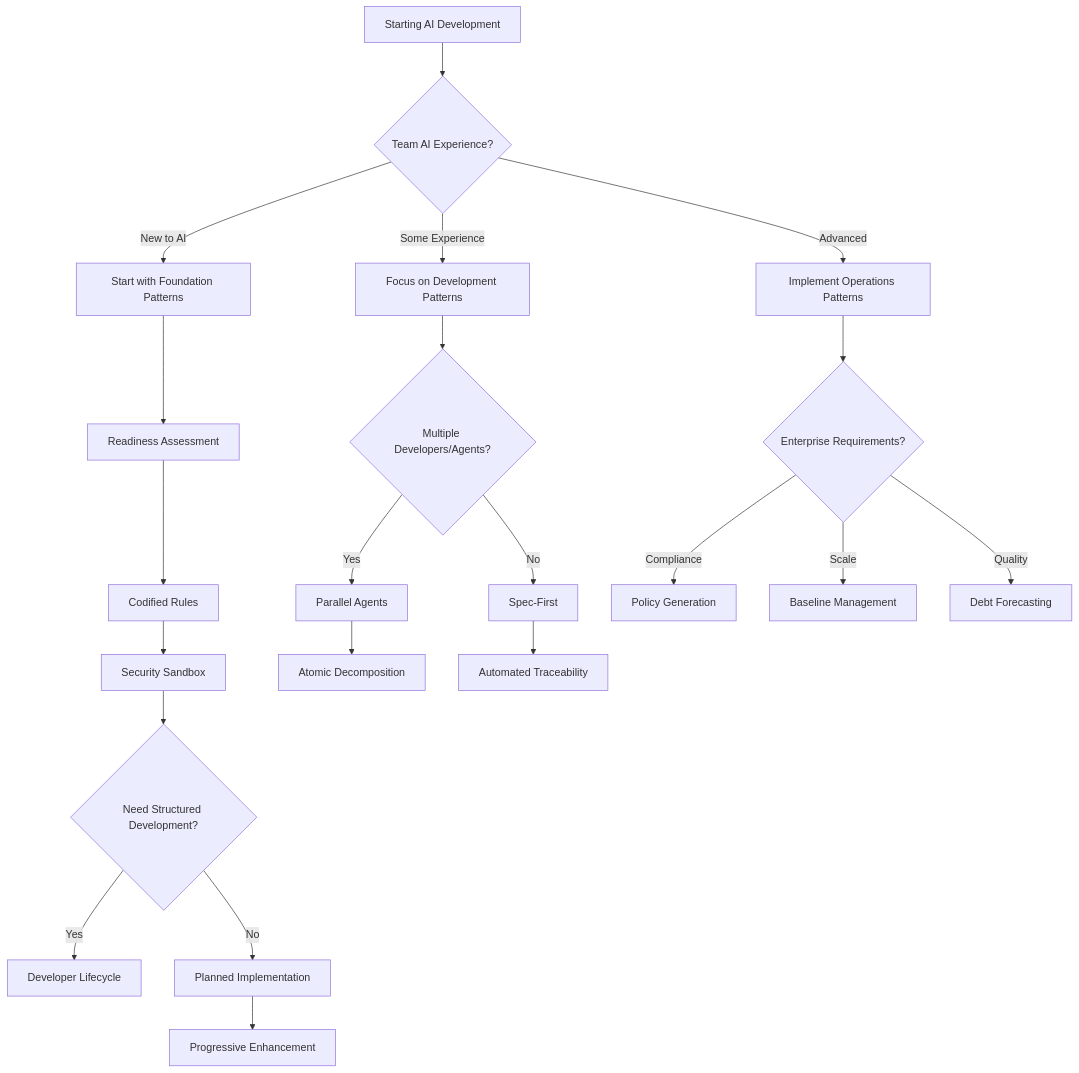
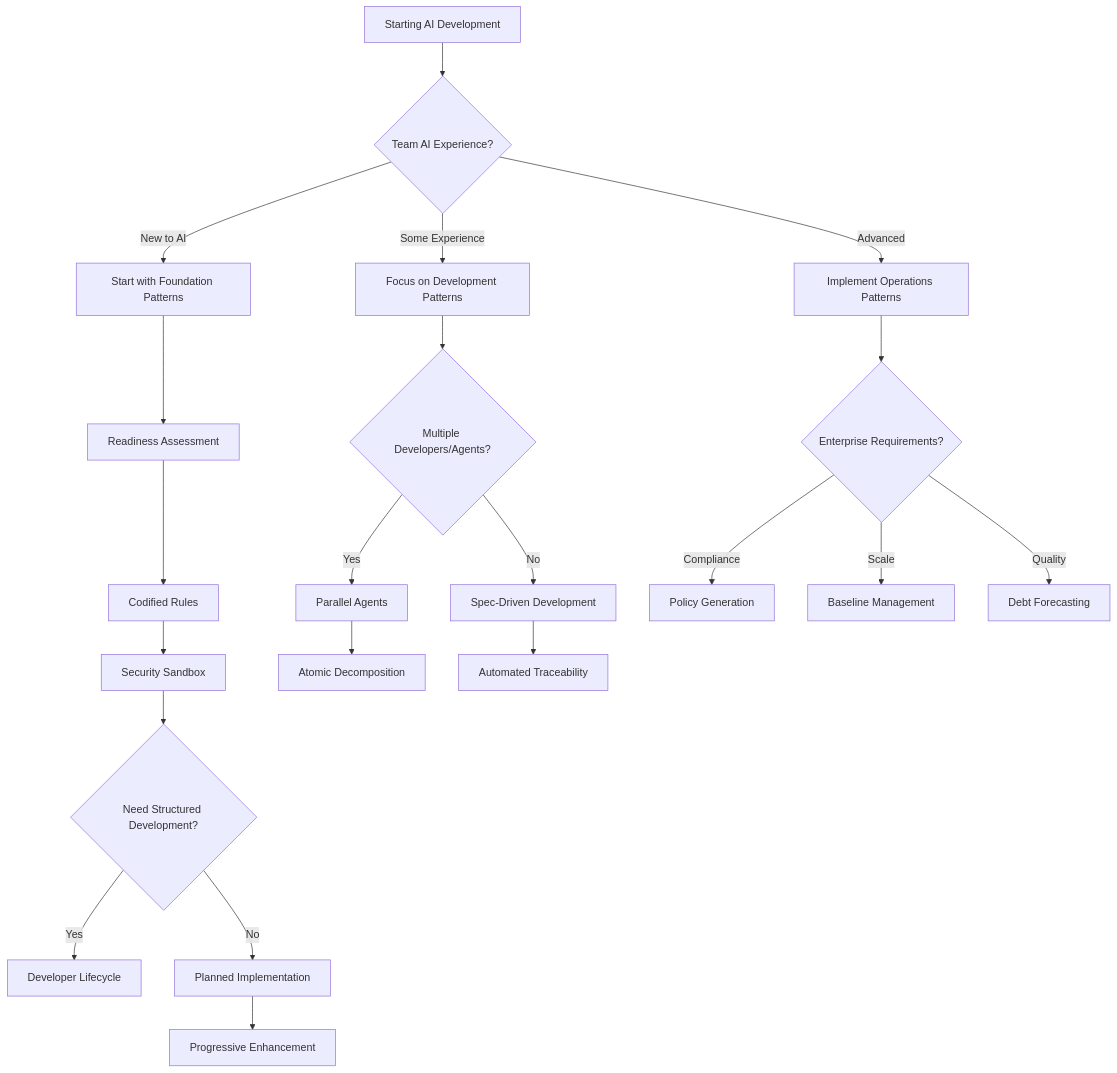
Before and after one commit to PaulDuvall/ai-development-patterns: the third of 12 diagrams in README.md, drawn with Mermaid. The commit also changed other lines of this file and 16 other files, not shown here.

First line of the commit message:
refactor: rename Spec-First to Spec-Driven Development

````diff
--- a/README.md
+++ b/README.md
@@ -147,26 +147,26 @@
 ```mermaid
 graph TD
     A[Starting AI Development] --> B{Team AI Experience?}
     B -->|New to AI| C[Start with Foundation Patterns]
     B -->|Some Experience| D[Focus on Development Patterns]
     B -->|Advanced| E[Implement Operations Patterns]
 
     C --> F[Readiness Assessment]
     F --> G[Codified Rules]
     G --> H[Security Sandbox]
     H --> I{Need Structured Development?}
     I -->|Yes| J[Developer Lifecycle]
     I -->|No| K[Planned Implementation]
     K --> L[Progressive Enhancement]
 
     D --> M{Multiple Developers/Agents?}
     M -->|Yes| N[Parallel Agents]
-    M -->|No| O[Spec-First]
+    M -->|No| O[Spec-Driven Development]
     N --> P[Atomic Decomposition]
     O --> Q[Automated Traceability]
 
     E --> R{Enterprise Requirements?}
     R -->|Compliance| S[Policy Generation]
     R -->|Scale| T[Baseline Management]
     R -->|Quality| U[Debt Forecasting]
 ```
````
